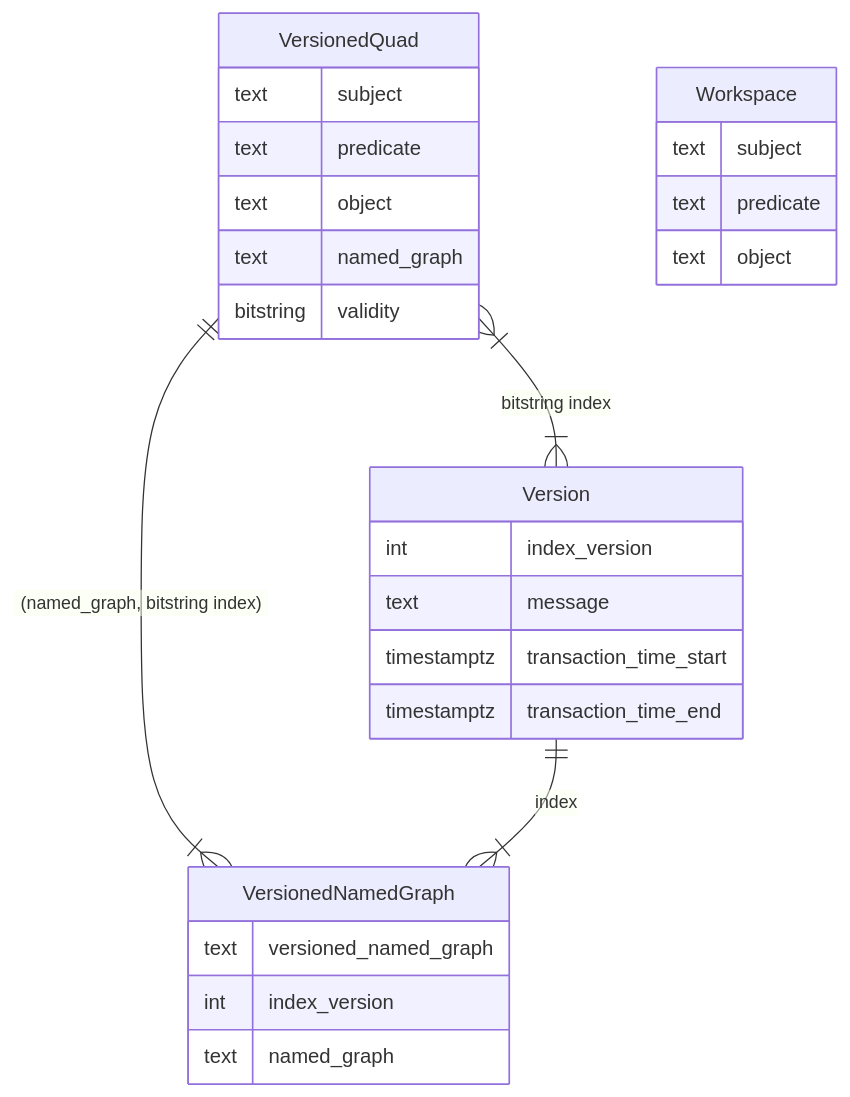
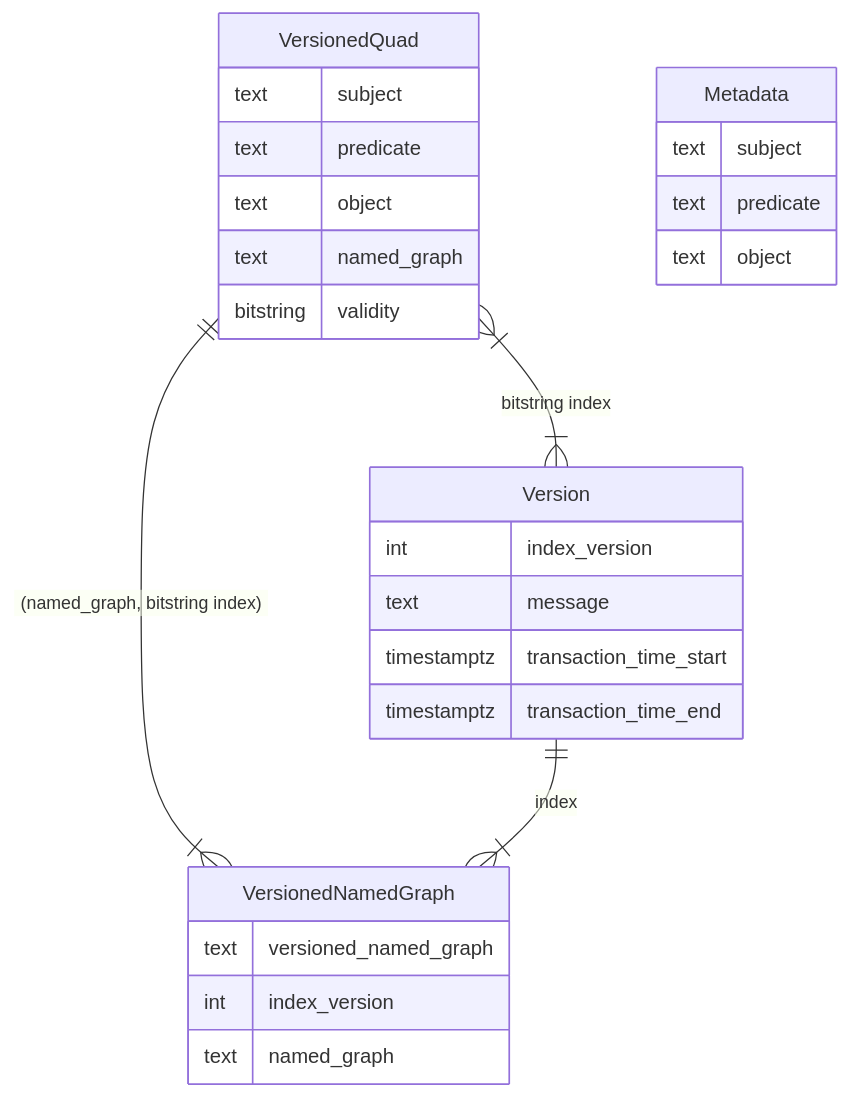
The first of 5 diagrams in Readme.md (VCityTeam/ConVer-G), drawn with Mermaid before and after one commit. The commit also changed other lines of this file and 4 other files, not shown here.

Commit message:
Begin workspace renaming - batch insert not working - changed workspace to metadata

````diff
--- a/Readme.md
+++ b/Readme.md
@@ -163,29 +141,29 @@
 ```mermaid
 erDiagram
     VersionedQuad |{--|{ Version: "bitstring index"
     VersionedQuad ||--|{ VersionedNamedGraph: "(named_graph, bitstring index)"
     Version ||--|{ VersionedNamedGraph: "index"
     VersionedQuad {
         text subject
         text predicate
         text object
         text named_graph
         bitstring validity
     }
     VersionedNamedGraph {
         text versioned_named_graph
         int index_version
         text named_graph
     }
     Version {
         int index_version
         text message
         timestamptz transaction_time_start
         timestamptz transaction_time_end
     }
-    Workspace {
+    Metadata {
         text subject
         text predicate
         text object
     }
 ```
````
